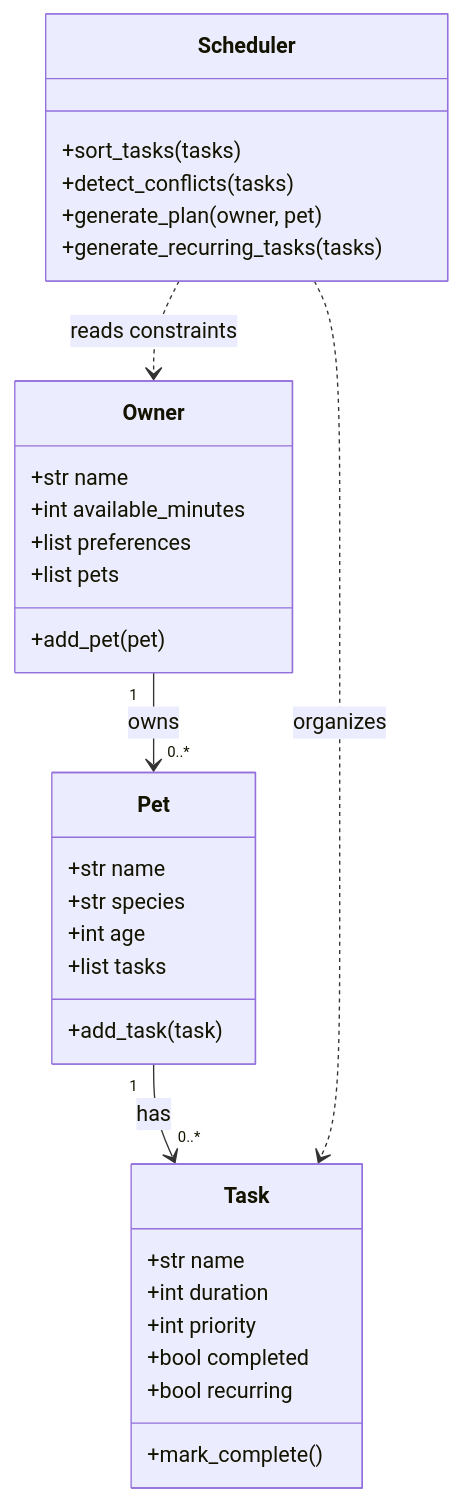
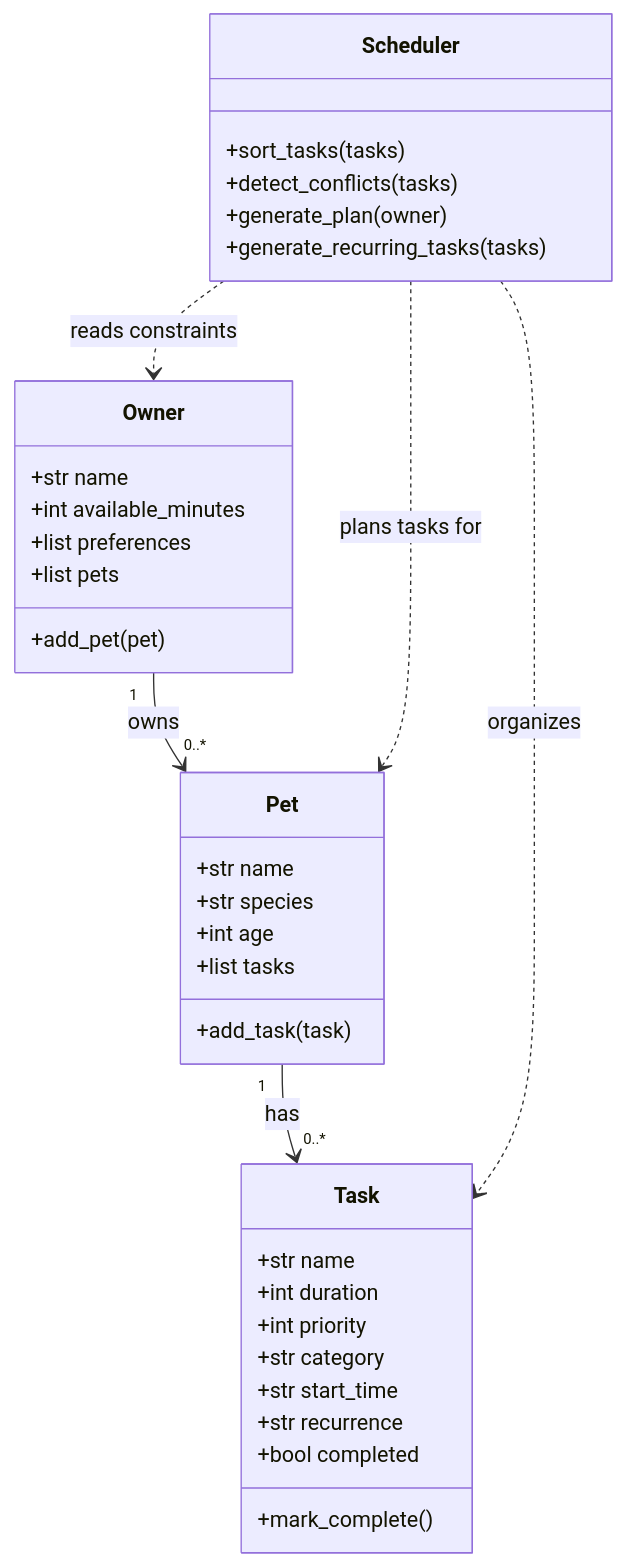
The diagram in diagrams/uml_draft.mmd (alejamora01/ai110-module2show-pawpal-starter), drawn with Mermaid before and after one commit. The commit also changed 3 other files, not shown here.

Commit message:
refactor: refine UML and class design after AI feedback

```diff
--- a/diagrams/uml_draft.mmd
+++ b/diagrams/uml_draft.mmd
@@ -1,37 +1,40 @@
 classDiagram
     class Owner {
         +str name
         +int available_minutes
         +list preferences
         +list pets
         +add_pet(pet)
     }
 
     class Pet {
         +str name
         +str species
         +int age
         +list tasks
         +add_task(task)
     }
 
     class Task {
         +str name
         +int duration
         +int priority
+        +str category
+        +str start_time
+        +str recurrence
         +bool completed
-        +bool recurring
         +mark_complete()
     }
 
     class Scheduler {
         +sort_tasks(tasks)
         +detect_conflicts(tasks)
-        +generate_plan(owner, pet)
+        +generate_plan(owner)
         +generate_recurring_tasks(tasks)
     }
 
     Owner "1" --> "0..*" Pet : owns
     Pet "1" --> "0..*" Task : has
     Scheduler ..> Owner : reads constraints
+    Scheduler ..> Pet : plans tasks for
     Scheduler ..> Task : organizes
```
